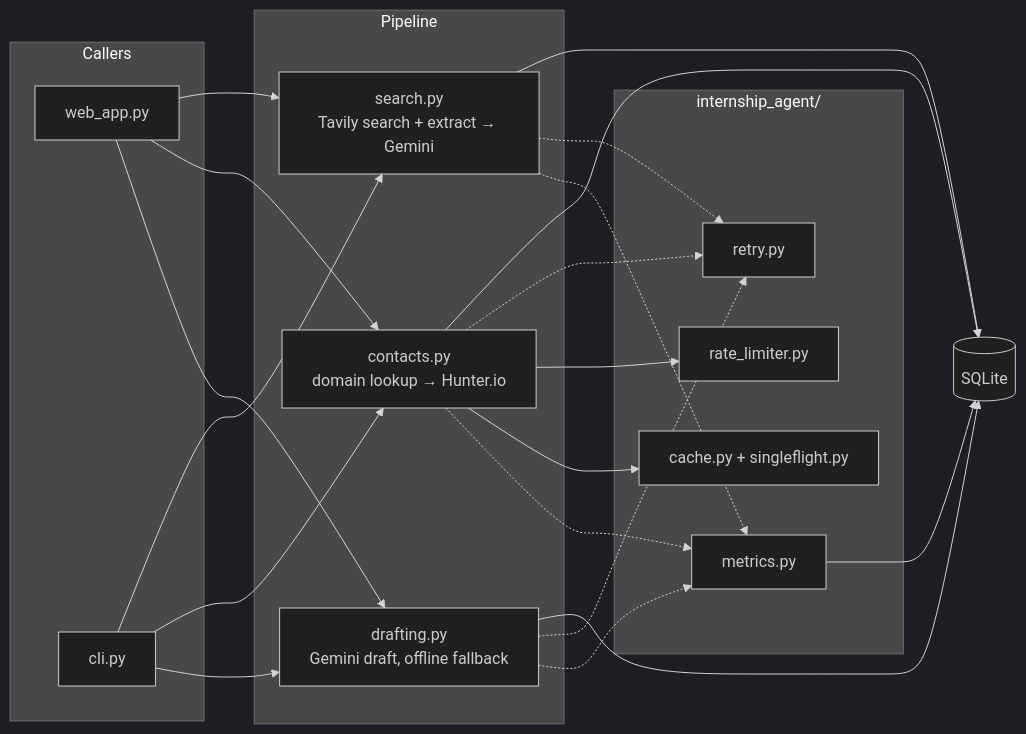
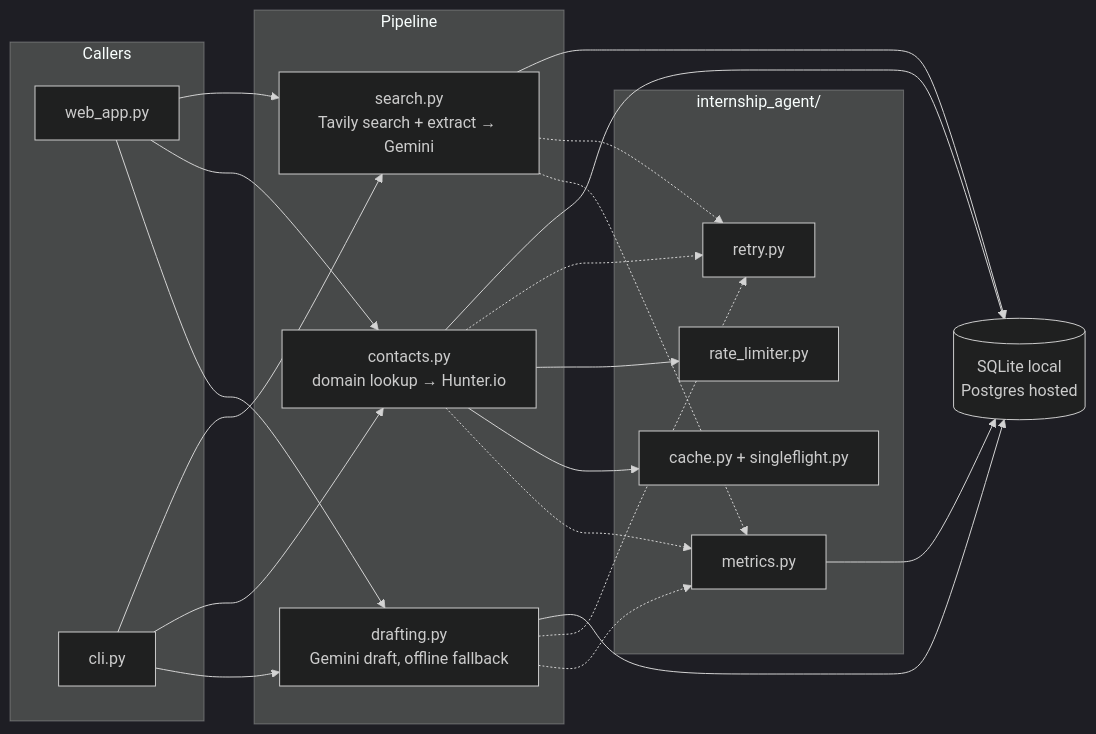
The first of 2 diagrams in ARCHITECTURE.md (ksm0712/internship-agent), drawn with Mermaid (dark theme) before and after one commit. The commit also changed other lines of this file, not shown here.

Commit message:
Update architecture for hosted storage

````diff
--- a/ARCHITECTURE.md
+++ b/ARCHITECTURE.md
@@ -7,31 +7,31 @@
 ```mermaid
 flowchart LR
     subgraph Callers
         WebApp["web_app.py"]
         CLI["cli.py"]
     end
 
     subgraph Pipeline
         Search["search.py<br/>Tavily search + extract → Gemini"]
         Contacts["contacts.py<br/>domain lookup → Hunter.io"]
         Draft["drafting.py<br/>Gemini draft, offline fallback"]
     end
 
     subgraph "internship_agent/"
         Retry["retry.py"]
         RateLimit["rate_limiter.py"]
         Cache["cache.py + singleflight.py"]
         Metrics["metrics.py"]
     end
 
-    DB[("SQLite")]
+    DB[("SQLite local<br/>Postgres hosted")]
 
     WebApp --> Search & Contacts & Draft
     CLI --> Search & Contacts & Draft
     Search & Contacts & Draft --> DB
     Search & Contacts & Draft -.-> Retry
     Contacts --> RateLimit
     Contacts --> Cache
     Search & Contacts & Draft -.-> Metrics
     Metrics --> DB
 ```
````
